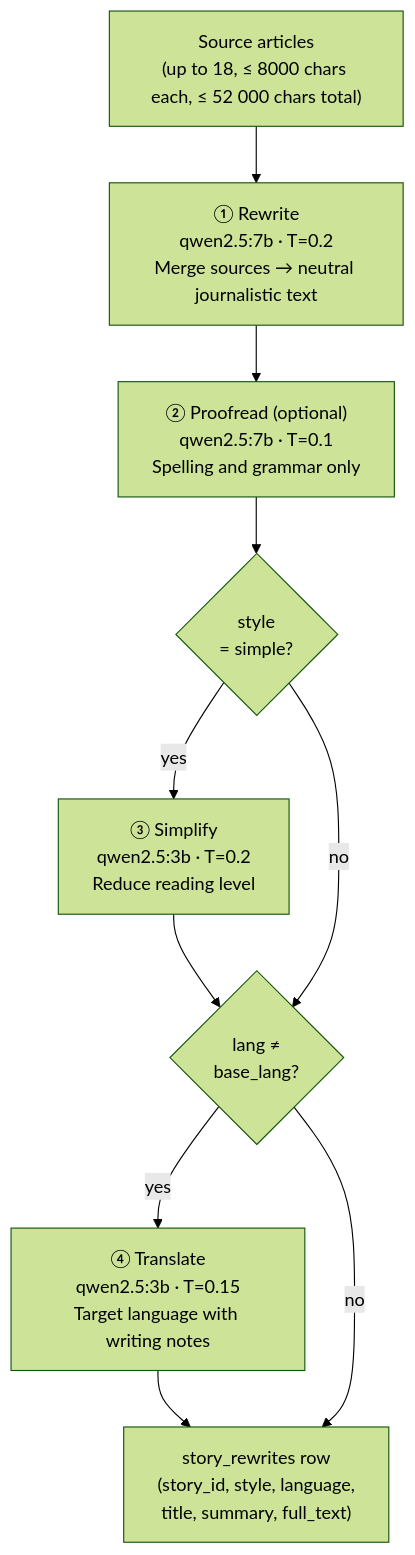
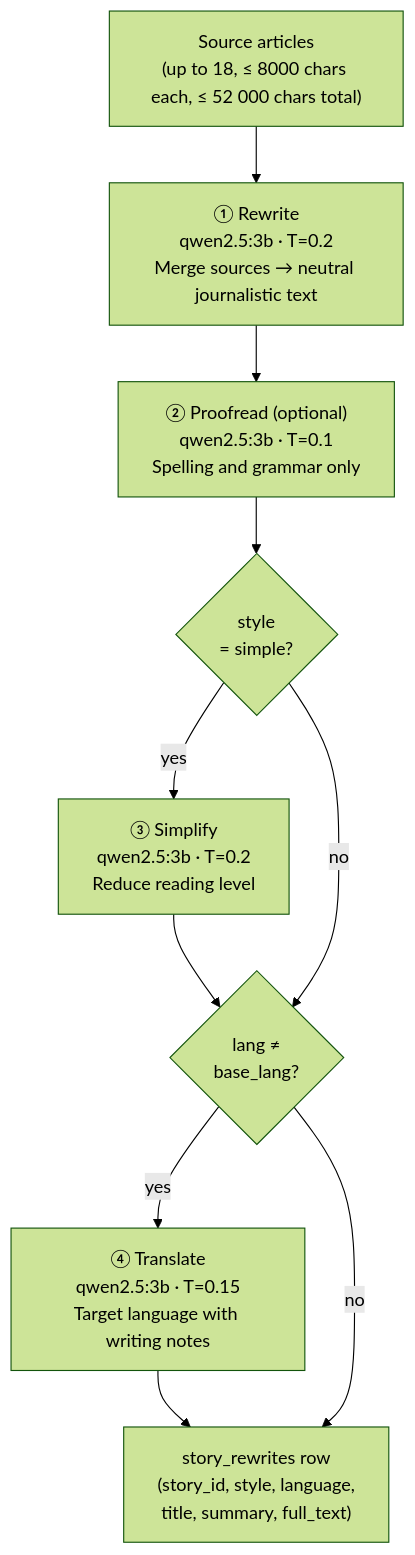
The third of 3 diagrams in docs/PIPELINE.md (etorhub/dossier), drawn with Mermaid (forest theme) before and after one commit. The commit also changed other lines of this file and 26 other files, not shown here.

````diff
--- a/docs/PIPELINE.md
+++ b/docs/PIPELINE.md
@@ -255,17 +255,17 @@
 ```mermaid
 flowchart TD
     SRC["Source articles\n(up to 18, ≤ 8000 chars each, ≤ 52 000 chars total)"]
-    R["① Rewrite\nqwen2.5:7b · T=0.2\nMerge sources → neutral journalistic text"]
-    P["② Proofread  (optional)\nqwen2.5:7b · T=0.1\nSpelling and grammar only"]
+    R["① Rewrite\nqwen2.5:3b · T=0.2\nMerge sources → neutral journalistic text"]
+    P["② Proofread  (optional)\nqwen2.5:3b · T=0.1\nSpelling and grammar only"]
     S{"style\n= simple?"}
     SIM["③ Simplify\nqwen2.5:3b · T=0.2\nReduce reading level"]
     TR{"lang ≠\nbase_lang?"}
     TRL["④ Translate\nqwen2.5:3b · T=0.15\nTarget language with writing notes"]
     OUT["story_rewrites row\n(story_id, style, language,\ntitle, summary, full_text)"]
 
     SRC --> R --> P --> S
     S -->|"yes"| SIM --> TR
     S -->|"no"| TR
     TR -->|"yes"| TRL --> OUT
     TR -->|"no"| OUT
 ```
````
